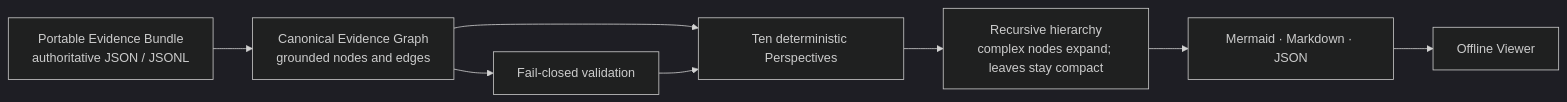
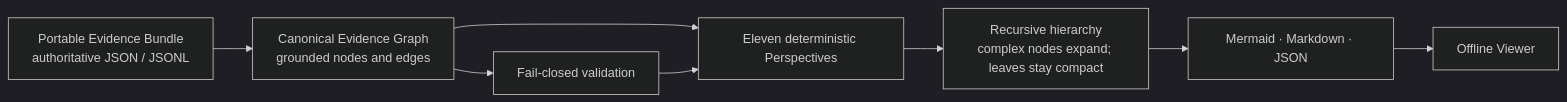
The third of 4 diagrams in docs/reference/full-product-overview.md (AdvancingTitans/agent-engineering-toolkit), drawn with Mermaid (dark theme) before and after one commit. The commit also changed other lines of this file and 145 other files, not shown here.

````diff
--- a/docs/reference/full-product-overview.md
+++ b/docs/reference/full-product-overview.md
@@ -392,10 +429,10 @@
 ```mermaid
 flowchart LR
     B["Portable Evidence Bundle<br/>authoritative JSON / JSONL"] --> G["Canonical Evidence Graph<br/>grounded nodes and edges"]
-    G --> P["Ten deterministic Perspectives"]
+    G --> P["Eleven deterministic Perspectives"]
     P --> H["Recursive hierarchy<br/>complex nodes expand; leaves stay compact"]
     H --> R["Mermaid · Markdown · JSON"]
     R --> V["Offline Viewer"]
     G --> X["Fail-closed validation"]
     X --> P
 ```
````
